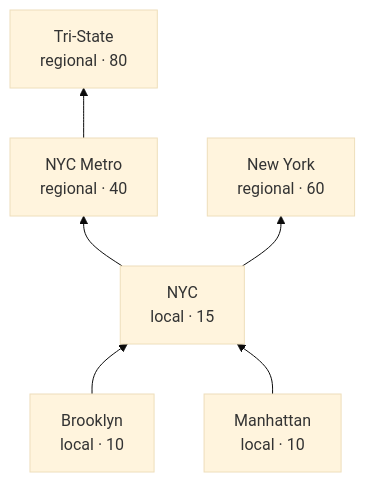
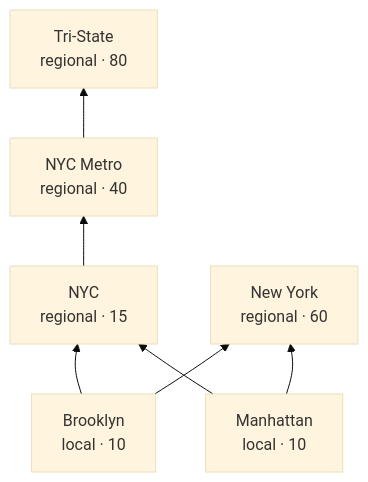
One commit to mjrossi/urbanist-atlas changed the fifth of 10 diagrams in docs/region-graph.md. Above: the diagram before and after it, drawn with Mermaid (base theme). The commit also changed other lines of this file and 38 other files, not shown here.

````diff
--- a/docs/region-graph.md
+++ b/docs/region-graph.md
@@ -358,15 +419,16 @@
 ```mermaid
 graph BT
   brooklyn[Brooklyn<br/>local · 10]
   manhattan[Manhattan<br/>local · 10]
-  nyc[NYC<br/>local · 15]
+  nyc[NYC<br/>regional · 15]
   nycmetro[NYC Metro<br/>regional · 40]
   ny[New York<br/>regional · 60]
   tristate[Tri-State<br/>regional · 80]
 
   brooklyn --> nyc
   manhattan --> nyc
+  brooklyn --> ny
+  manhattan --> ny
   nyc --> nycmetro
-  nyc --> ny
   nycmetro --> tristate
 ```
````
